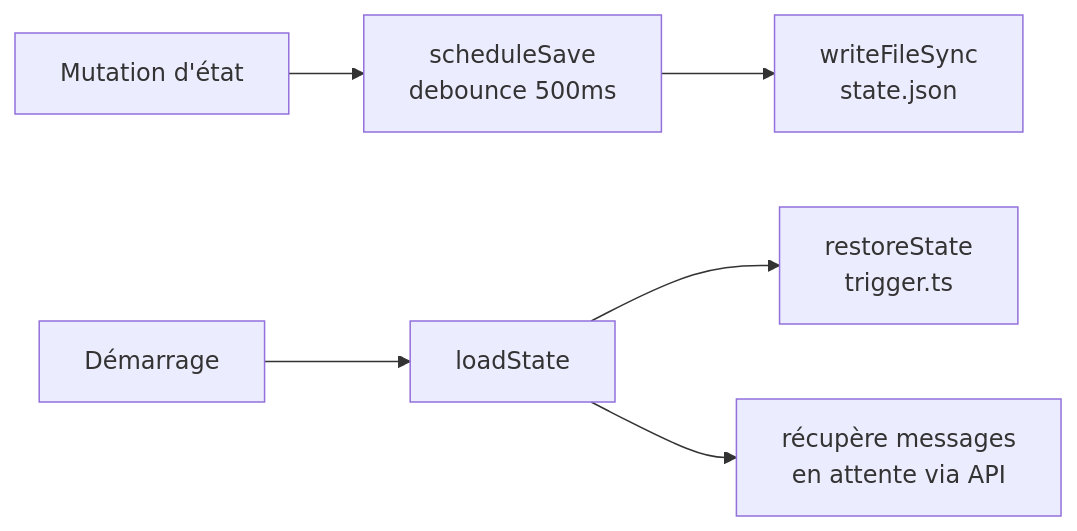
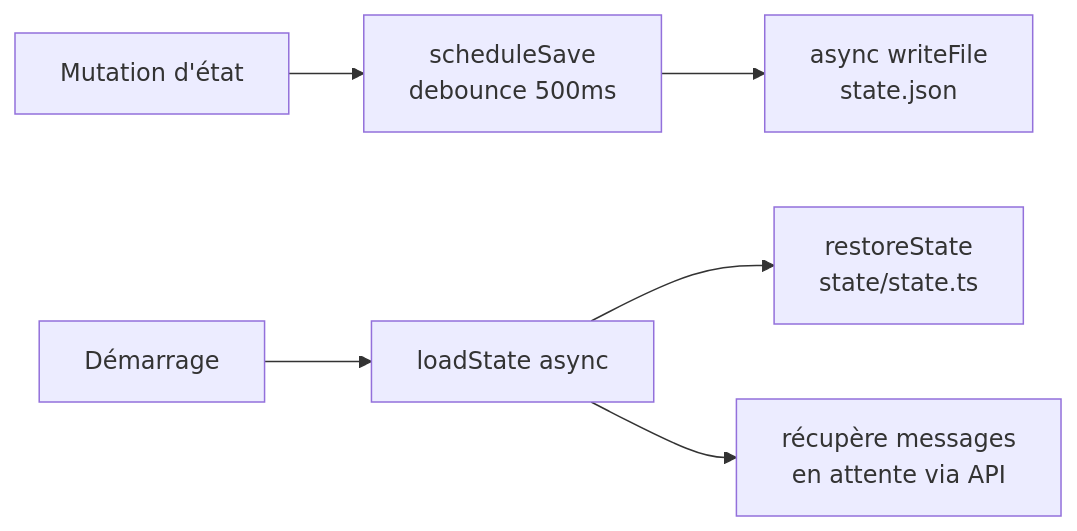
One commit to protocol-luna/krystal changed the sixth of 11 diagrams in README.md. Above: the diagram before and after it, drawn with Mermaid. The commit also changed other lines of this file and 3 other files, not shown here.

````diff
--- a/README.md
+++ b/README.md
@@ -298,8 +304,8 @@
 ```mermaid
 flowchart LR
     A[Mutation d'état] --> B[scheduleSave\ndebounce 500ms]
-    B --> C[writeFileSync\nstate.json]
-    D[Démarrage] --> E[loadState]
-    E --> F[restoreState\ntrigger.ts]
+    B --> C[async writeFile\nstate.json]
+    D[Démarrage] --> E[loadState async]
+    E --> F[restoreState\nstate/state.ts]
     E --> G[récupère messages\nen attente via API]
 ```
````
